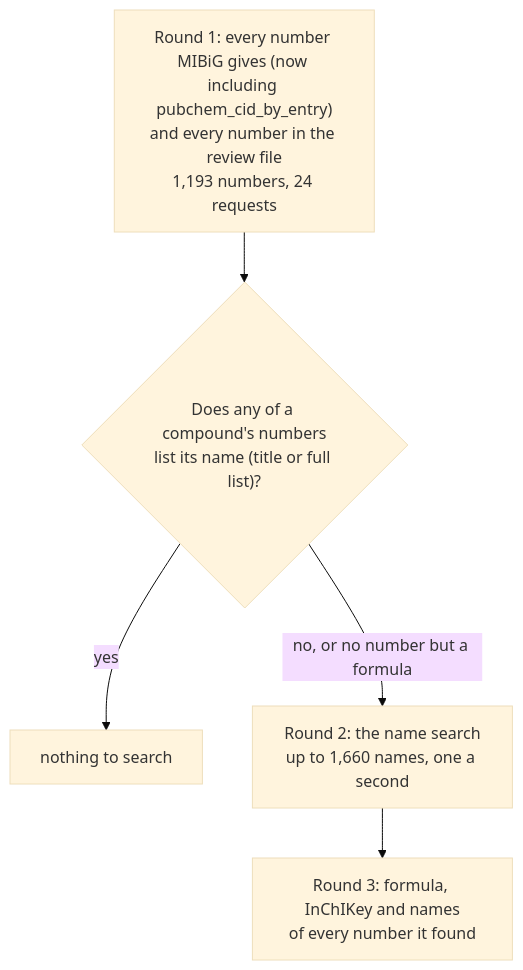
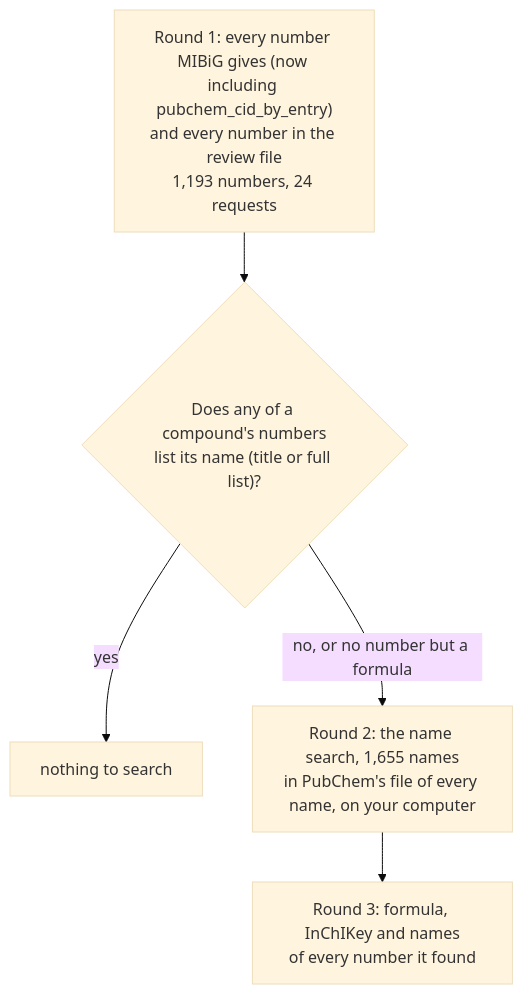
Before and after one commit to akannan2987/microbegraph: the second of 2 diagrams in docs/06b-closing-the-gaps.md, drawn with Mermaid (base theme). The commit also changed other lines of this file and 19 other files, not shown here.

First line of the commit message:
feat: search names in PubChem's names file

````diff
--- a/docs/06b-closing-the-gaps.md
+++ b/docs/06b-closing-the-gaps.md
@@ -641,7 +662,7 @@
 ```mermaid
 flowchart TD
     R1["Round 1: every number MIBiG gives (now including pubchem_cid_by_entry)<br/>and every number in the review file<br/>1,193 numbers, 24 requests"] --> S{"Does any of a compound's numbers<br/>list its name (title or full list)?"}
     S -- yes --> K[nothing to search]
-    S -- no, or no number but a formula --> R2["Round 2: the name search<br/>up to 1,660 names, one a second"]
+    S -- no, or no number but a formula --> R2["Round 2: the name search, 1,655 names<br/>in PubChem's file of every name, on your computer"]
     R2 --> R3["Round 3: formula, InChIKey and names<br/>of every number it found"]
 ```
````
